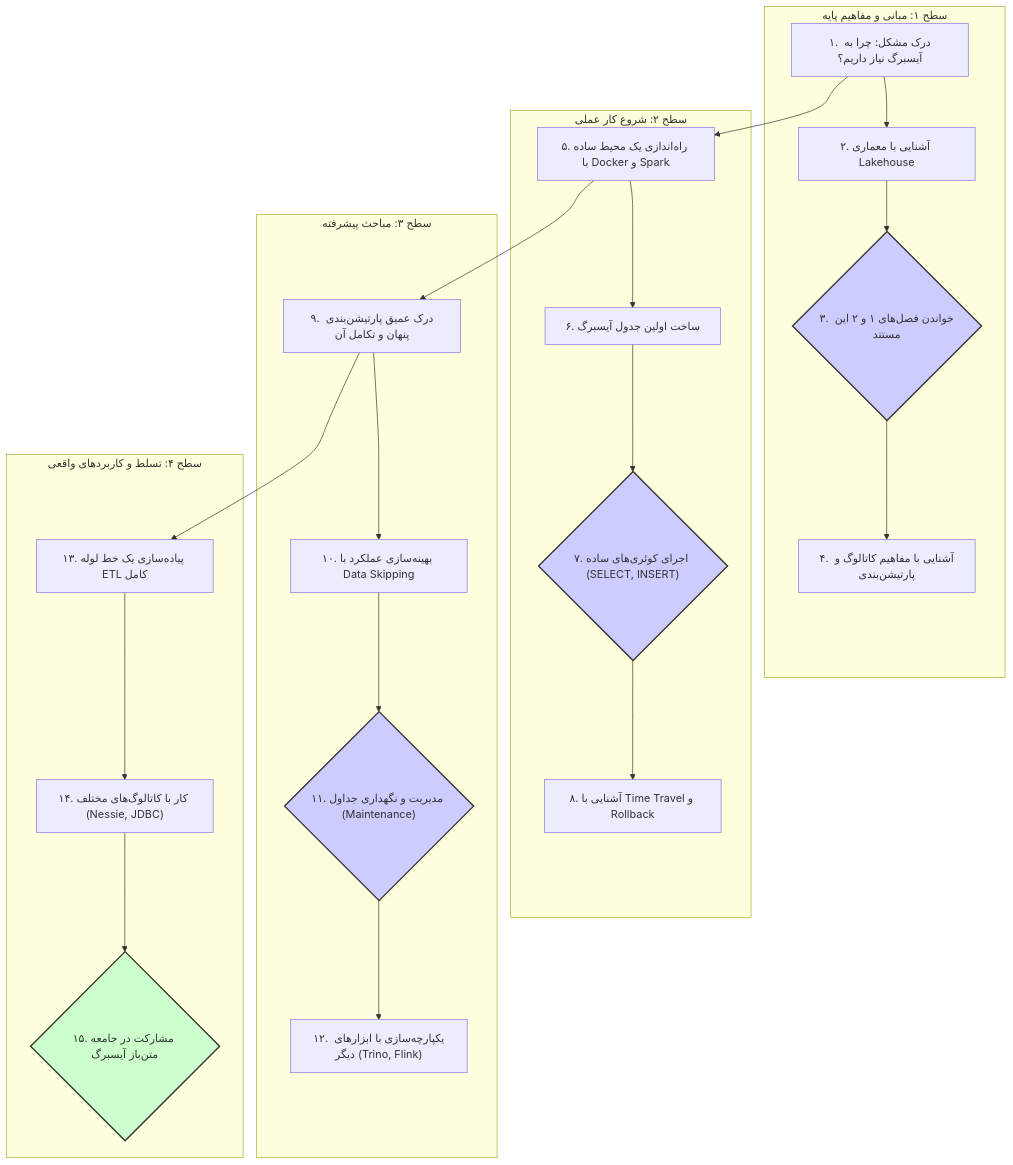
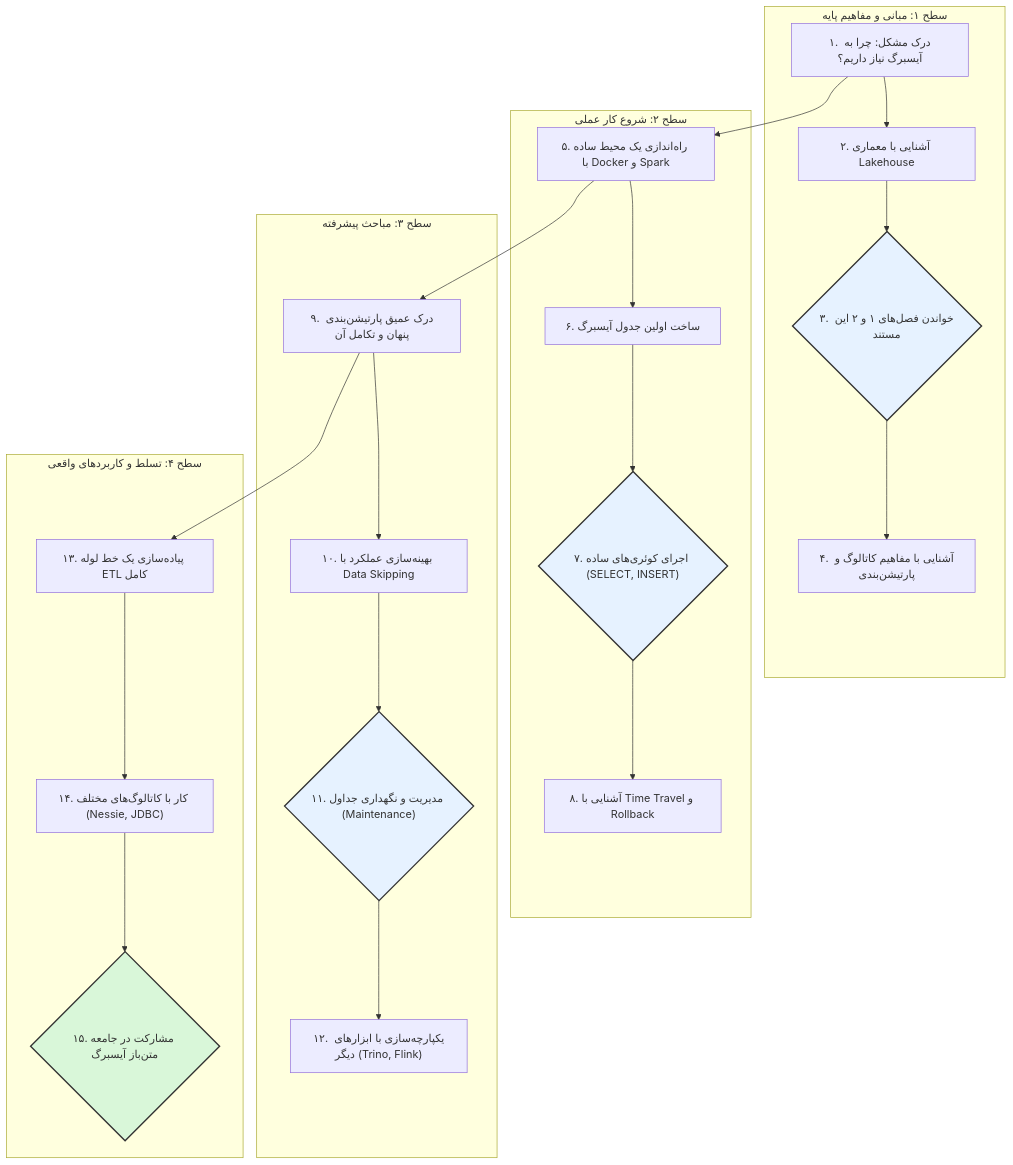
One commit to jonsonpaskal123/iceberg changed the seventh of 7 diagrams in iceberg_explanation_fa.md. Above: the diagram before and after it, drawn with Mermaid.

Commit message:
Fix(mermaid): change fill colors for better readability in roadmap diagram

````diff
--- a/iceberg_explanation_fa.md
+++ b/iceberg_explanation_fa.md
@@ -294,34 +294,34 @@
 ```mermaid
 graph TD
     subgraph "سطح ۱: مبانی و مفاهیم پایه"
         A[۱. درک مشکل: چرا به آیسبرگ نیاز داریم؟] --> B[۲. آشنایی با معماری Lakehouse]
         B --> C{۳. خواندن فصل‌های ۱ و ۲ این مستند}
         C --> D[۴. آشنایی با مفاهیم کاتالوگ و پارتیشن‌بندی]
     end
 
     subgraph "سطح ۲: شروع کار عملی"
         E[۵. راه‌اندازی یک محیط ساده با Docker و Spark] --> F[۶. ساخت اولین جدول آیسبرگ]
         F --> G{"۷. اجرای کوئری‌های ساده (SELECT, INSERT)"}
         G --> H[۸. آشنایی با Time Travel و Rollback]
     end
 
     subgraph "سطح ۳: مباحث پیشرفته"
         I[۹. درک عمیق پارتیشن‌بندی پنهان و تکامل آن] --> J[۱۰. بهینه‌سازی عملکرد با Data Skipping]
         J --> K{"۱۱. مدیریت و نگهداری جداول (Maintenance)"}
         K --> L["۱۲. یکپارچه‌سازی با ابزارهای دیگر (Trino, Flink)"]
     end
 
     subgraph "سطح ۴: تسلط و کاربردهای واقعی"
         M[۱۳. پیاده‌سازی یک خط لوله ETL کامل] --> N["۱۴. کار با کاتالوگ‌های مختلف (Nessie, JDBC)"]
         N --> O{۱۵. مشارکت در جامعه متن‌باز آیسبرگ}
     end
 
     A --> E
     E --> I
     I --> M
 
-    style C fill:#ccf,stroke:#333,stroke-width:2px
-    style G fill:#ccf,stroke:#333,stroke-width:2px
-    style K fill:#ccf,stroke:#333,stroke-width:2px
-    style O fill:#cfc,stroke:#333,stroke-width:2px
+    style C fill:#e6f2ff,stroke:#333,stroke-width:2px
+    style G fill:#e6f2ff,stroke:#333,stroke-width:2px
+    style K fill:#e6f2ff,stroke:#333,stroke-width:2px
+    style O fill:#d9f7d9,stroke:#333,stroke-width:2px
 ```
````
